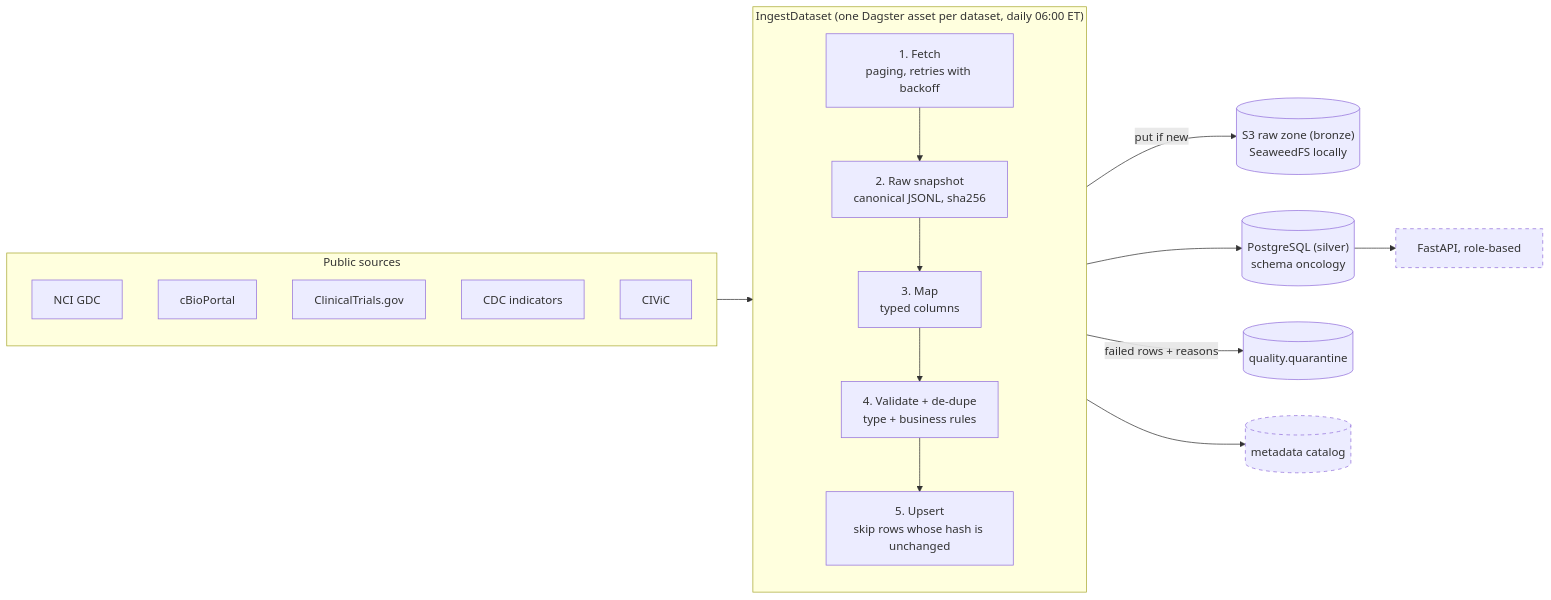
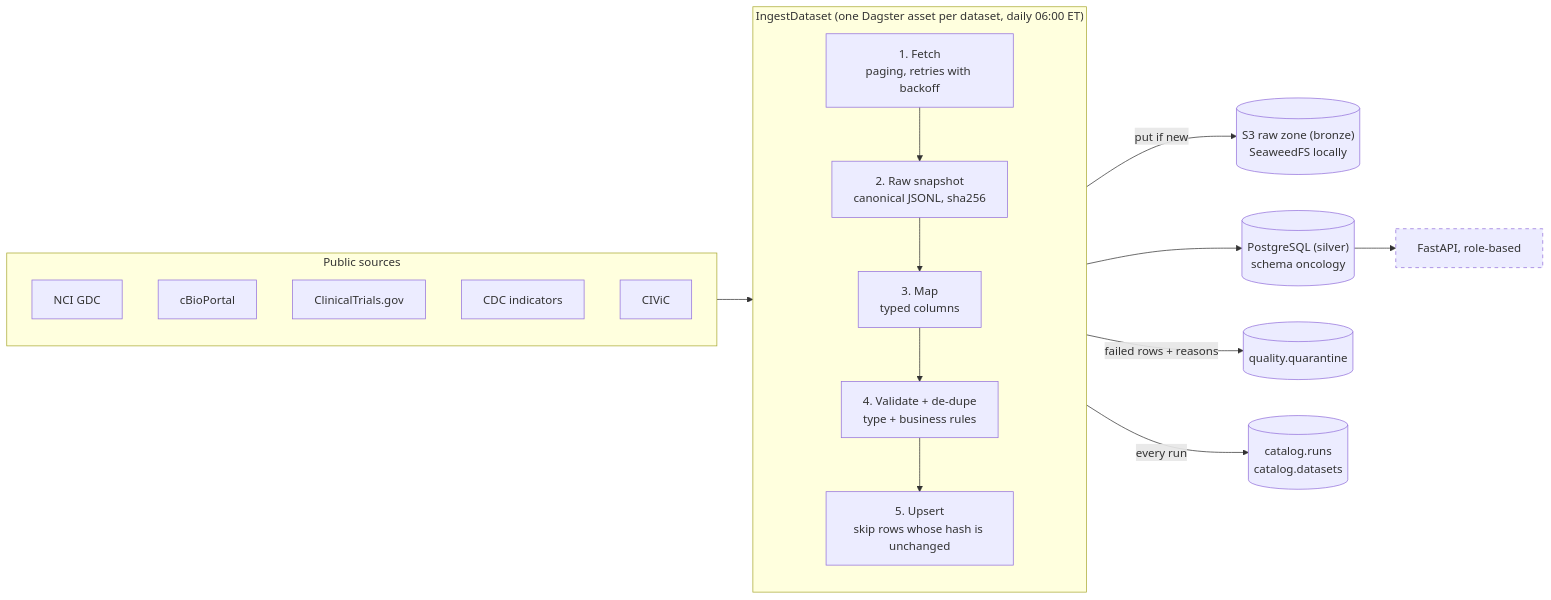
Before and after one commit to ModupeD/OrisunIwadi: the second of 3 diagrams in docs/architecture.md, drawn with Mermaid. The commit also changed other lines of this file and 13 other files, not shown here.

First line of the commit message:
feat: Implement metadata catalog and run logging

````diff
--- a/docs/architecture.md
+++ b/docs/architecture.md
@@ -48,30 +48,30 @@
 ```mermaid
 flowchart LR
     subgraph SRC["Public sources"]
         GDC["NCI GDC"]
         CBIO["cBioPortal"]
         CT["ClinicalTrials.gov"]
         CDC["CDC indicators"]
         CIVIC["CIViC"]
     end
 
     subgraph RUN["IngestDataset (one Dagster asset per dataset, daily 06:00 ET)"]
         direction TB
         FETCH["1. Fetch<br/>paging, retries with backoff"]
         SNAP["2. Raw snapshot<br/>canonical JSONL, sha256"]
         MAP["3. Map<br/>typed columns"]
         DQ["4. Validate + de-dupe<br/>type + business rules"]
         UPSERT["5. Upsert<br/>skip rows whose hash is unchanged"]
         FETCH --> SNAP --> MAP --> DQ --> UPSERT
     end
 
     SRC --> FETCH
     SNAP -->|"put if new"| S3[("S3 raw zone (bronze)<br/>SeaweedFS locally")]
     UPSERT --> PG[("PostgreSQL (silver)<br/>schema oncology")]
     DQ -->|failed rows + reasons| QUAR[("quality.quarantine")]
-    UPSERT --> CAT[("metadata catalog")]
+    UPSERT -->|"every run"| CAT[("catalog.runs<br/>catalog.datasets")]
     PG --> APIS["FastAPI, role-based"]
 
     classDef planned stroke-dasharray: 5 5
-    class CAT,APIS planned
+    class APIS planned
 ```
````
